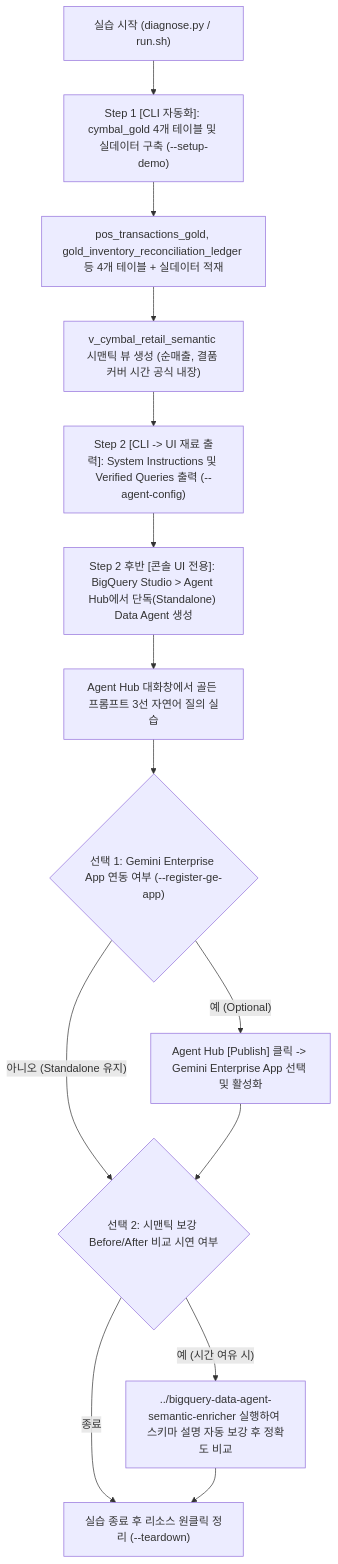
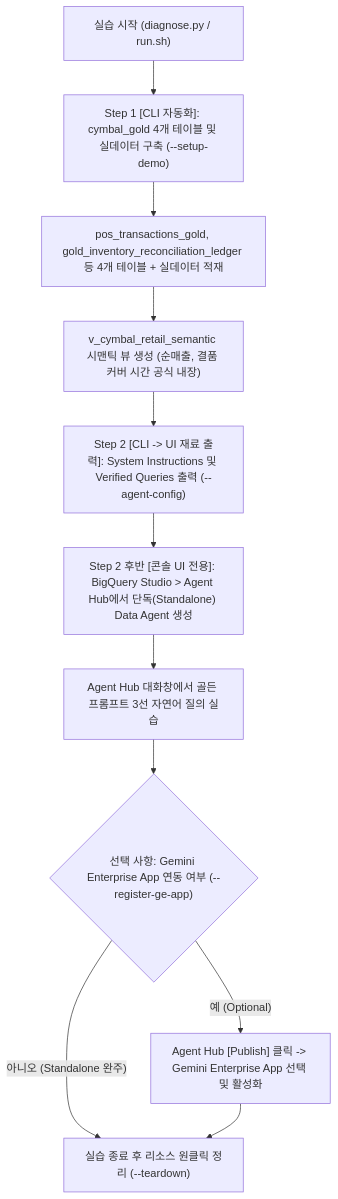
Before and after one commit to jiangjun-forge/google-cloud-0-to-1: the diagram in samples/bigquery-data-agent-starter/README.md, drawn with Mermaid. The commit also changed other lines of this file and 4 other files, not shown here.

````diff
--- a/samples/bigquery-data-agent-starter/README.md
+++ b/samples/bigquery-data-agent-starter/README.md
@@ -40,16 +39,13 @@
 ```mermaid
 flowchart TD
     A["실습 시작 (diagnose.py / run.sh)"] --> B["Step 1 [CLI 자동화]: cymbal_gold 4개 테이블 및 실데이터 구축 (--setup-demo)"]
     B --> C["pos_transactions_gold, gold_inventory_reconciliation_ledger 등 4개 테이블 + 실데이터 적재"]
     C --> D["v_cymbal_retail_semantic 시맨틱 뷰 생성 (순매출, 결품 커버 시간 공식 내장)"]
     D --> E["Step 2 [CLI -> UI 재료 출력]: System Instructions 및 Verified Queries 출력 (--agent-config)"]
     E --> F["Step 2 후반 [콘솔 UI 전용]: BigQuery Studio > Agent Hub에서 단독(Standalone) Data Agent 생성"]
     F --> G["Agent Hub 대화창에서 골든 프롬프트 3선 자연어 질의 실습"]
-    G --> H{"선택 1: Gemini Enterprise App 연동 여부 (--register-ge-app)"}
+    G --> H{"선택 사항: Gemini Enterprise App 연동 여부 (--register-ge-app)"}
     H -- "예 (Optional)" --> I["Agent Hub [Publish] 클릭 -> Gemini Enterprise App 선택 및 활성화"]
-    H -- "아니오 (Standalone 유지)" --> J{"선택 2: 시맨틱 보강 Before/After 비교 시연 여부"}
+    H -- "아니오 (Standalone 완주)" --> J["실습 종료 후 리소스 원클릭 정리 (--teardown)"]
     I --> J
-    J -- "예 (시간 여유 시)" --> K["../bigquery-data-agent-semantic-enricher 실행하여 스키마 설명 자동 보강 후 정확도 비교"]
-    J -- "종료" --> L["실습 종료 후 리소스 원클릭 정리 (--teardown)"]
-    K --> L
 ```
````
